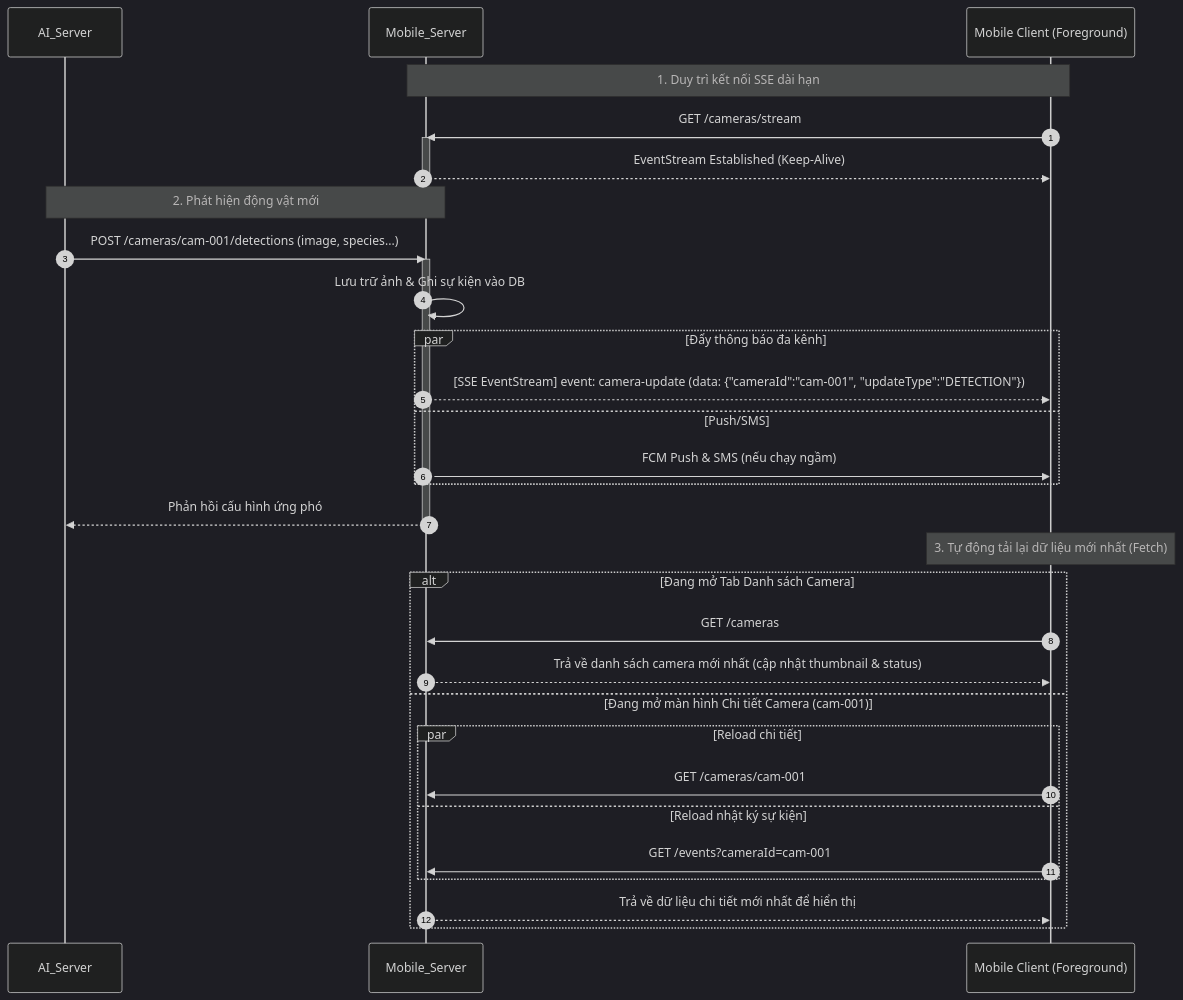
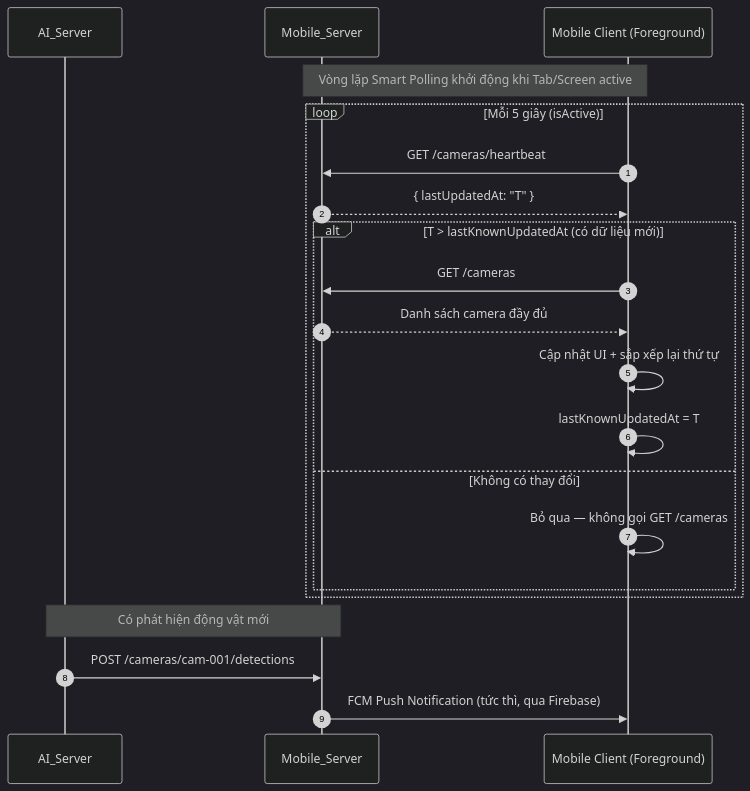
Before and after one commit to trungnguyenthien/Wildlife-Warning-and-Deterrence-System: the diagram in docs/giai-thich-ket-noi-sse.md, drawn with Mermaid (dark theme). The commit also changed other lines of this file and 10 other files, not shown here.

Commit message:
refactor: replace SSE with interval-based polling for camera updates in mobile viewmodels

````diff
--- a/docs/giai-thich-ket-noi-sse.md
+++ b/docs/giai-thich-ket-noi-sse.md
@@ -15,39 +15,25 @@
 ```mermaid
 sequenceDiagram
     autonumber
     participant AI_Server as AI_Server
     participant Mobile_Server as Mobile_Server
     participant Mobile as Mobile Client (Foreground)
 
-    Note over Mobile, Mobile_Server: 1. Duy trì kết nối SSE dài hạn
-    Mobile->>Mobile_Server: GET /cameras/stream
-    activate Mobile_Server
-    Mobile_Server-->>Mobile: EventStream Established (Keep-Alive)
-    deactivate Mobile_Server
+    Note over Mobile, Mobile_Server: Vòng lặp Smart Polling khởi động khi Tab/Screen active
+    loop Mỗi 5 giây (isActive)
+        Mobile->>Mobile_Server: GET /cameras/heartbeat
+        Mobile_Server-->>Mobile: { lastUpdatedAt: "T" }
+        alt T > lastKnownUpdatedAt (có dữ liệu mới)
+            Mobile->>Mobile_Server: GET /cameras
+            Mobile_Server-->>Mobile: Danh sách camera đầy đủ
+            Mobile->>Mobile: Cập nhật UI + sắp xếp lại thứ tự
+            Mobile->>Mobile: lastKnownUpdatedAt = T
+        else Không có thay đổi
+            Mobile->>Mobile: Bỏ qua — không gọi GET /cameras
+        end
+    end
 
-    Note over AI_Server, Mobile_Server: 2. Phát hiện động vật mới
-    AI_Server->>Mobile_Server: POST /cameras/cam-001/detections (image, species...)
-    activate Mobile_Server
-    Mobile_Server->>Mobile_Server: Lưu trữ ảnh & Ghi sự kiện vào DB
-    
-    par Đẩy thông báo đa kênh
-        Mobile_Server-->>Mobile: [SSE EventStream] event: camera-update (data: {"cameraId":"cam-001", "updateType":"DETECTION"})
-    and Push/SMS
-        Mobile_Server->>Mobile: FCM Push & SMS (nếu chạy ngầm)
-    end
-    Mobile_Server-->>AI_Server: Phản hồi cấu hình ứng phó
-    deactivate Mobile_Server
-
-    Note over Mobile: 3. Tự động tải lại dữ liệu mới nhất (Fetch)
-    alt Đang mở Tab Danh sách Camera
-        Mobile->>Mobile_Server: GET /cameras
-        Mobile_Server-->>Mobile: Trả về danh sách camera mới nhất (cập nhật thumbnail & status)
-    else Đang mở màn hình Chi tiết Camera (cam-001)
-        par Reload chi tiết
-            Mobile->>Mobile_Server: GET /cameras/cam-001
-        and Reload nhật ký sự kiện
-            Mobile->>Mobile_Server: GET /events?cameraId=cam-001
-        end
-        Mobile_Server-->>Mobile: Trả về dữ liệu chi tiết mới nhất để hiển thị
-    end
+    Note over AI_Server, Mobile_Server: Có phát hiện động vật mới
+    AI_Server->>Mobile_Server: POST /cameras/cam-001/detections
+    Mobile_Server->>Mobile: FCM Push Notification (tức thì, qua Firebase)
 ```
````
